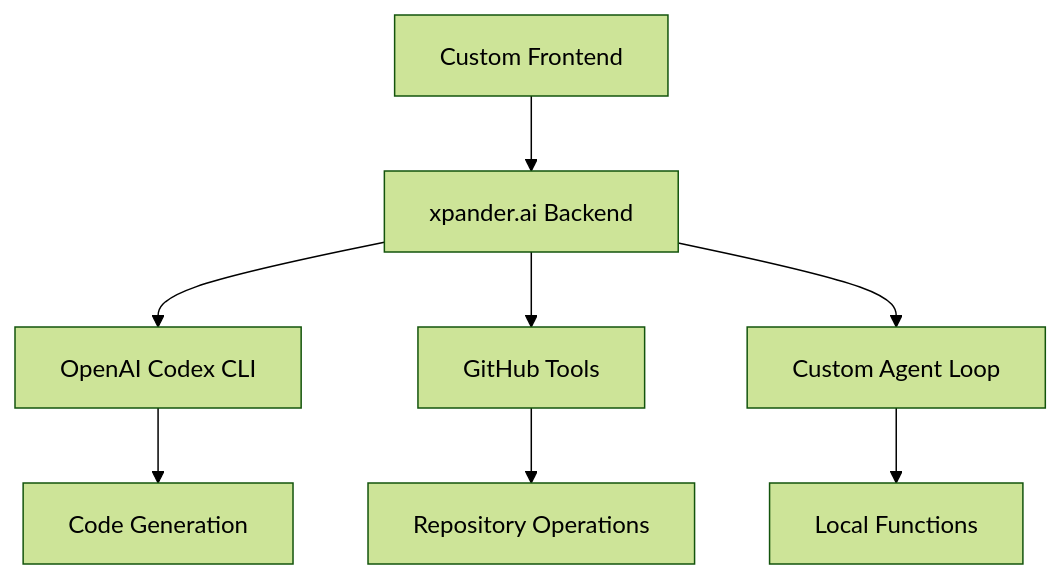
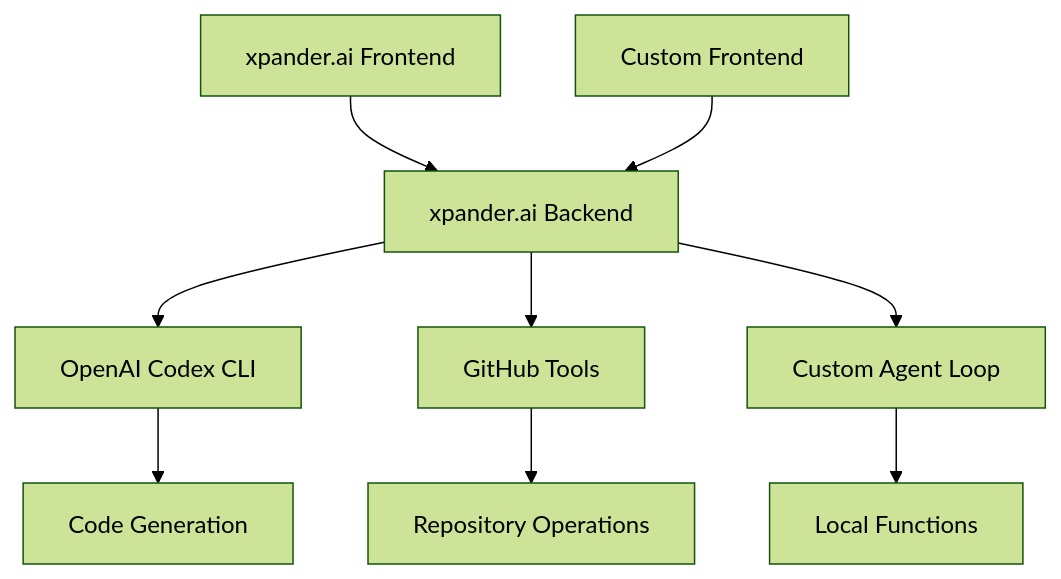
One commit to xpander-ai/docs changed the diagram in workshops/swe-cloud-agent-workshop/index.mdx. Above: the diagram before and after it, drawn with Mermaid (forest theme). The commit also changed other lines of this file and 5 other files, not shown here.

````diff
--- a/workshops/swe-cloud-agent-workshop/index.mdx
+++ b/workshops/swe-cloud-agent-workshop/index.mdx
@@ -17,10 +17,11 @@
 ```mermaid
 graph TB
+    X[xpander.ai Frontend] --> B[xpander.ai Backend]
     A[Custom Frontend] --> B[xpander.ai Backend]
     B --> C[OpenAI Codex CLI]
     B --> D[GitHub Tools]
     B --> E[Custom Agent Loop]
     C --> F[Code Generation]
     D --> G[Repository Operations]
     E --> H[Local Functions]
 ```
````
